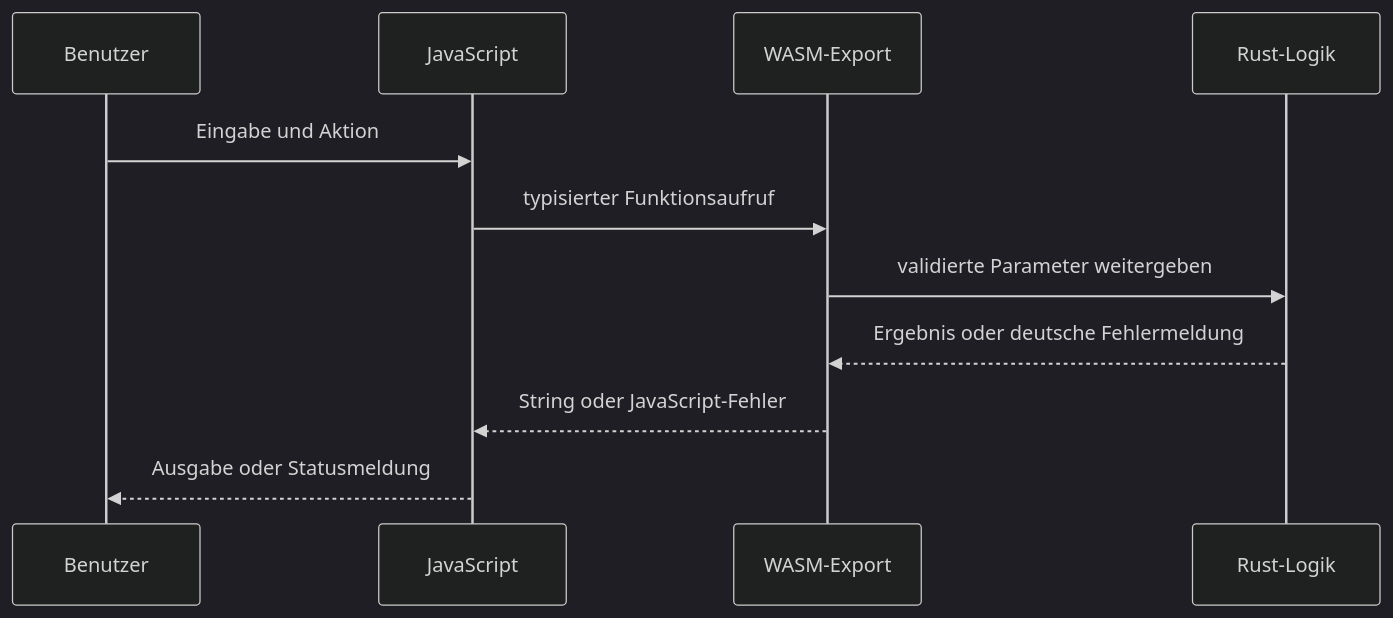
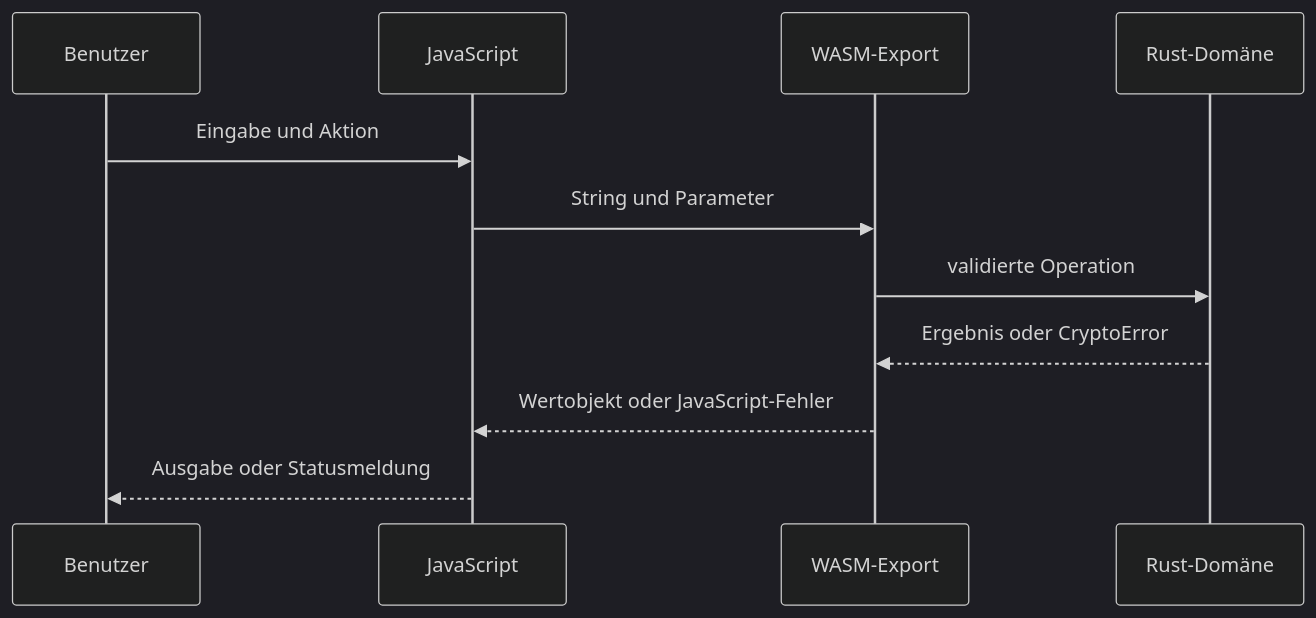
Before and after one commit to lindgreendavid/kryptographie-wasm: the second of 2 diagrams in docs/projekt-und-architektur.md, drawn with Mermaid (dark theme). The commit also changed other lines of this file and 117 other files, not shown here.

````diff
--- a/docs/projekt-und-architektur.md
+++ b/docs/projekt-und-architektur.md
@@ -61,13 +150,13 @@
 ```mermaid
 sequenceDiagram
     participant U as Benutzer
-    participant JS as JavaScript
+    participant J as JavaScript
     participant W as WASM-Export
-    participant R as Rust-Logik
-    U->>JS: Eingabe und Aktion
-    JS->>W: typisierter Funktionsaufruf
-    W->>R: validierte Parameter weitergeben
-    R-->>W: Ergebnis oder deutsche Fehlermeldung
-    W-->>JS: String oder JavaScript-Fehler
-    JS-->>U: Ausgabe oder Statusmeldung
+    participant R as Rust-Domäne
+    U->>J: Eingabe und Aktion
+    J->>W: String und Parameter
+    W->>R: validierte Operation
+    R-->>W: Ergebnis oder CryptoError
+    W-->>J: Wertobjekt oder JavaScript-Fehler
+    J-->>U: Ausgabe oder Statusmeldung
 ```
````
